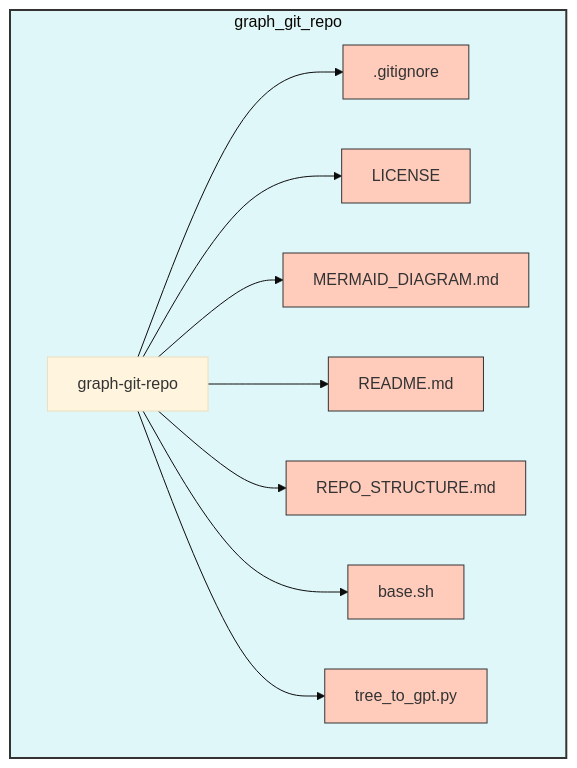
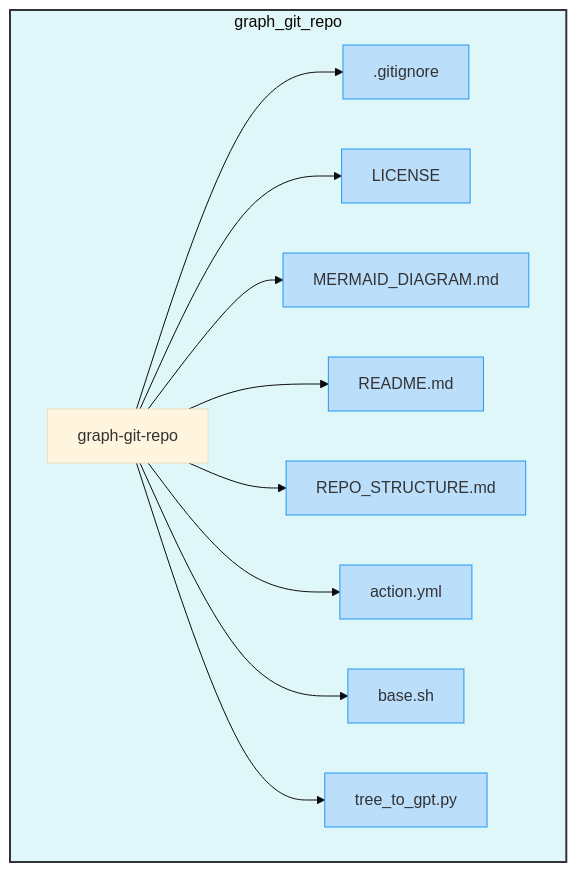
The diagram in MERMAID_DIAGRAM.md (PGSch/graph-git-repo), drawn with Mermaid (base theme) before and after one commit. The commit also changed 1 other file, not shown here.

Commit message:
[bot] Update repository structure and Mermaid diagram

````diff
--- a/MERMAID_DIAGRAM.md
+++ b/MERMAID_DIAGRAM.md
@@ -3,22 +3,24 @@
 ```mermaid
 graph TD
     %% Repository Structure
     subgraph graph_git_repo
         root[graph-git-repo]
         root --> gitignore[.gitignore]
-        root --> license[LICENSE]
-        root --> mermaid[MERMAID_DIAGRAM.md]
+        root --> LICENSE[LICENSE]
+        root --> MERMAID[MERMAID_DIAGRAM.md]
         root --> README[README.md]
-        root --> repo_structure[REPO_STRUCTURE.md]
-        root --> base[base.sh]
-        root --> tree_to_gpt[tree_to_gpt.py]
+        root --> REPO_STRUCTURE[REPO_STRUCTURE.md]
+        root --> action[action.yml]
+        root --> script[base.sh]
+        root --> tree_script[tree_to_gpt.py]
     end
     style graph_git_repo fill:#e0f7fa,stroke:#333,stroke-width:2px;
-    style gitignore fill:#ffccbc,stroke:#333,stroke-width:1px;
-    style license fill:#ffccbc,stroke:#333,stroke-width:1px;
-    style mermaid fill:#ffccbc,stroke:#333,stroke-width:1px;
-    style README fill:#ffccbc,stroke:#333,stroke-width:1px;
-    style repo_structure fill:#ffccbc,stroke:#333,stroke-width:1px;
-    style base fill:#ffccbc,stroke:#333,stroke-width:1px;
-    style tree_to_gpt fill:#ffccbc,stroke:#333,stroke-width:1px;
+    style gitignore fill:#bbdefb,stroke:#2196f3,stroke-width:1px;
+    style LICENSE fill:#bbdefb,stroke:#2196f3,stroke-width:1px;
+    style MERMAID fill:#bbdefb,stroke:#2196f3,stroke-width:1px;
+    style README fill:#bbdefb,stroke:#2196f3,stroke-width:1px;
+    style REPO_STRUCTURE fill:#bbdefb,stroke:#2196f3,stroke-width:1px;
+    style action fill:#bbdefb,stroke:#2196f3,stroke-width:1px;
+    style script fill:#bbdefb,stroke:#2196f3,stroke-width:1px;
+    style tree_script fill:#bbdefb,stroke:#2196f3,stroke-width:1px;
 ```
````
